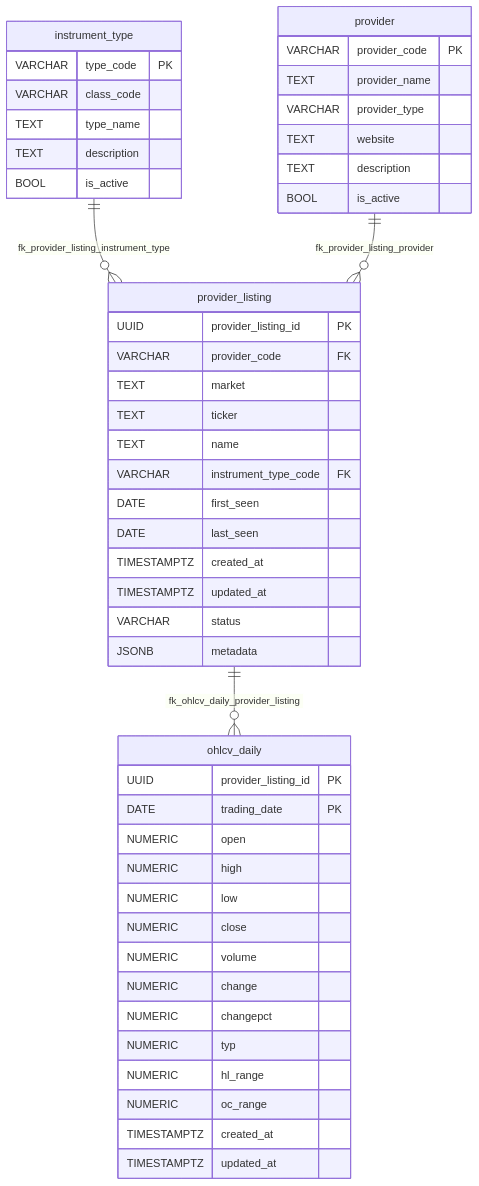
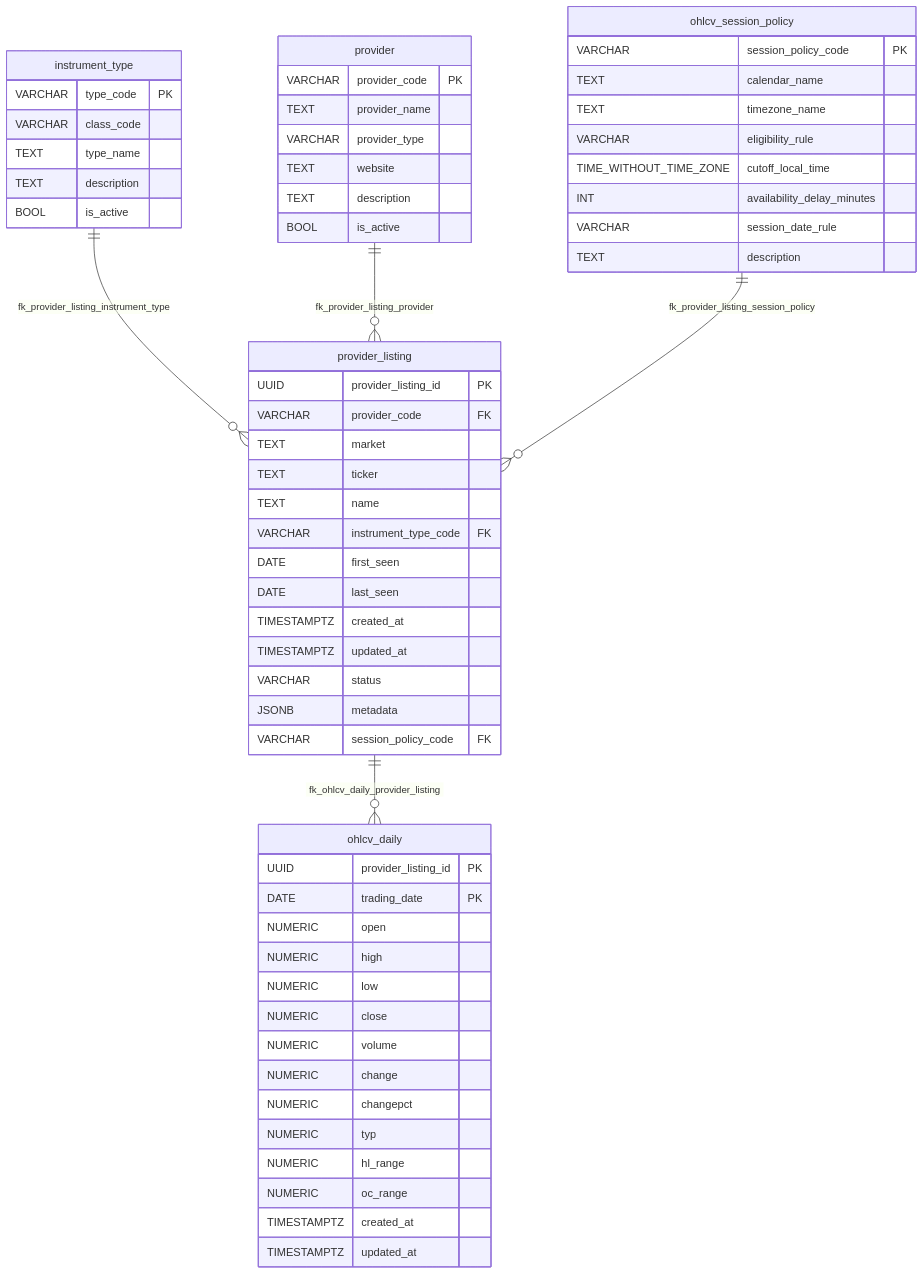
One commit to cmhettinger/empire changed the diagram in docs/db/stonks/generated/erd-groups/ohlcv.md. Above: the diagram before and after it, drawn with Mermaid. The commit also changed 23 other files, not shown here.

````diff
--- a/docs/db/stonks/generated/erd-groups/ohlcv.md
+++ b/docs/db/stonks/generated/erd-groups/ohlcv.md
@@ -1,55 +1,68 @@
 ```mermaid
 erDiagram
   instrument_type {
     VARCHAR type_code PK
     VARCHAR class_code
     TEXT type_name
     TEXT description
     BOOL is_active
   }
 
   ohlcv_daily {
     UUID provider_listing_id PK
     DATE trading_date PK
     NUMERIC open
     NUMERIC high
     NUMERIC low
     NUMERIC close
     NUMERIC volume
     NUMERIC change
     NUMERIC changepct
     NUMERIC typ
     NUMERIC hl_range
     NUMERIC oc_range
     TIMESTAMPTZ created_at
     TIMESTAMPTZ updated_at
   }
 
+  ohlcv_session_policy {
+    VARCHAR session_policy_code PK
+    TEXT calendar_name
+    TEXT timezone_name
+    VARCHAR eligibility_rule
+    TIME_WITHOUT_TIME_ZONE cutoff_local_time
+    INT availability_delay_minutes
+    VARCHAR session_date_rule
+    TEXT description
+  }
+
   provider {
     VARCHAR provider_code PK
     TEXT provider_name
     VARCHAR provider_type
     TEXT website
     TEXT description
     BOOL is_active
   }
 
   provider_listing {
     UUID provider_listing_id PK
     VARCHAR provider_code FK
     TEXT market
     TEXT ticker
     TEXT name
     VARCHAR instrument_type_code FK
     DATE first_seen
     DATE last_seen
     TIMESTAMPTZ created_at
     TIMESTAMPTZ updated_at
     VARCHAR status
     JSONB metadata
+    VARCHAR session_policy_code FK
   }
 
   provider_listing ||--o{ ohlcv_daily : "fk_ohlcv_daily_provider_listing"
   instrument_type ||--o{ provider_listing : "fk_provider_listing_instrument_type"
   provider ||--o{ provider_listing : "fk_provider_listing_provider"
+  ohlcv_session_policy ||--o{ provider_listing : "fk_provider_listing_session_policy"
 ```
````
